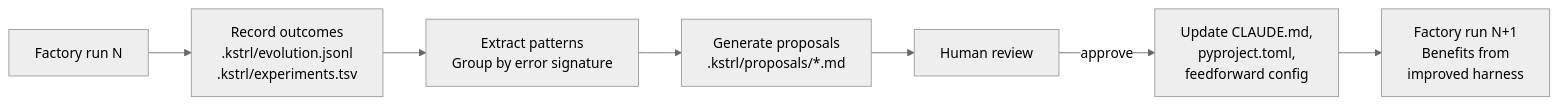
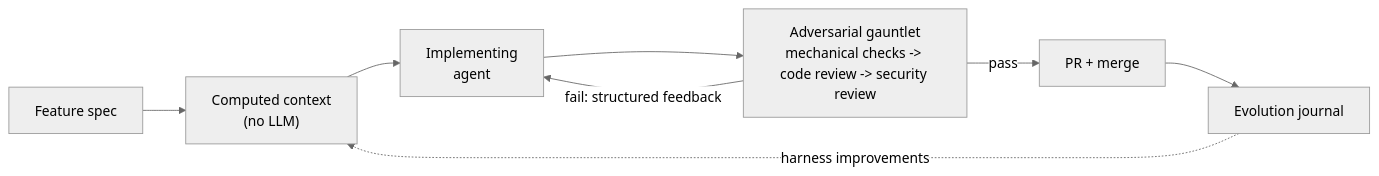
One commit to 0xfauzi/kstrl changed the diagram in README.md. Above: the diagram before and after it, drawn with Mermaid (neutral theme). The commit also changed other lines of this file and 4 other files, not shown here.

First line of the commit message:
docs: README/ARCHITECTURE split + kestrel mark (#145)

````diff
--- a/README.md
+++ b/README.md
@@ -122,9 +24,10 @@
 ```mermaid
 flowchart LR
-    Run1["Factory run N"] --> Record["Record outcomes<br/>.kstrl/evolution.jsonl<br/>.kstrl/experiments.tsv"]
-    Record --> Extract["Extract patterns<br/>Group by error signature"]
-    Extract --> Propose["Generate proposals<br/>.kstrl/proposals/*.md"]
-    Propose --> Review["Human review"]
-    Review -->|approve| Apply["Update CLAUDE.md,<br/>pyproject.toml,<br/>feedforward config"]
-    Apply --> Run2["Factory run N+1<br/>Benefits from<br/>improved harness"]
+    Spec["Feature spec"] --> Context["Computed context<br/>(no LLM)"]
+    Context --> Agent["Implementing<br/>agent"]
+    Agent --> Gauntlet["Adversarial gauntlet<br/>mechanical checks -> code review -> security review"]
+    Gauntlet -->|"fail: structured feedback"| Agent
+    Gauntlet -->|pass| PR["PR + merge"]
+    PR --> Learn["Evolution journal"]
+    Learn -.->|"harness improvements"| Context
 ```
````
